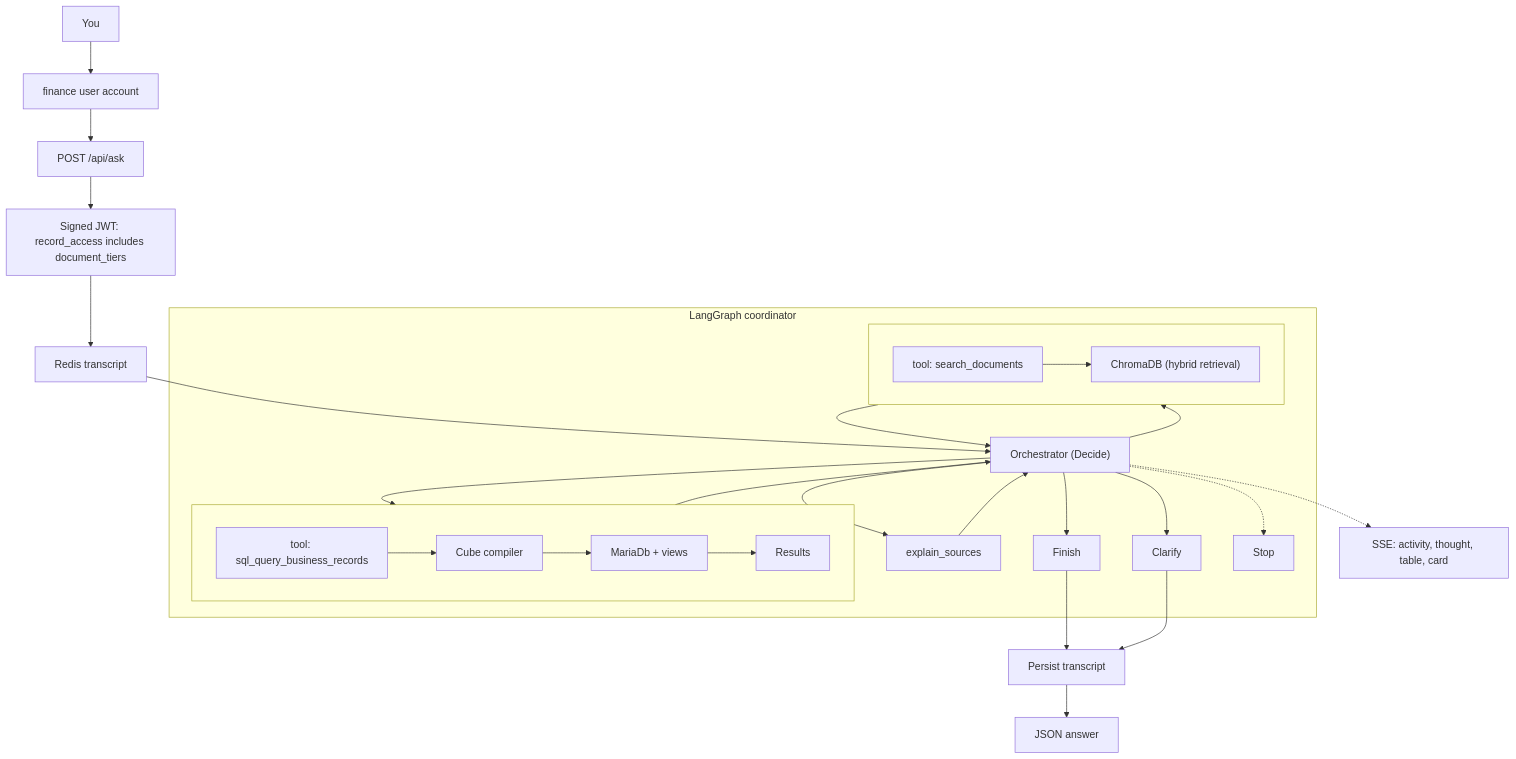
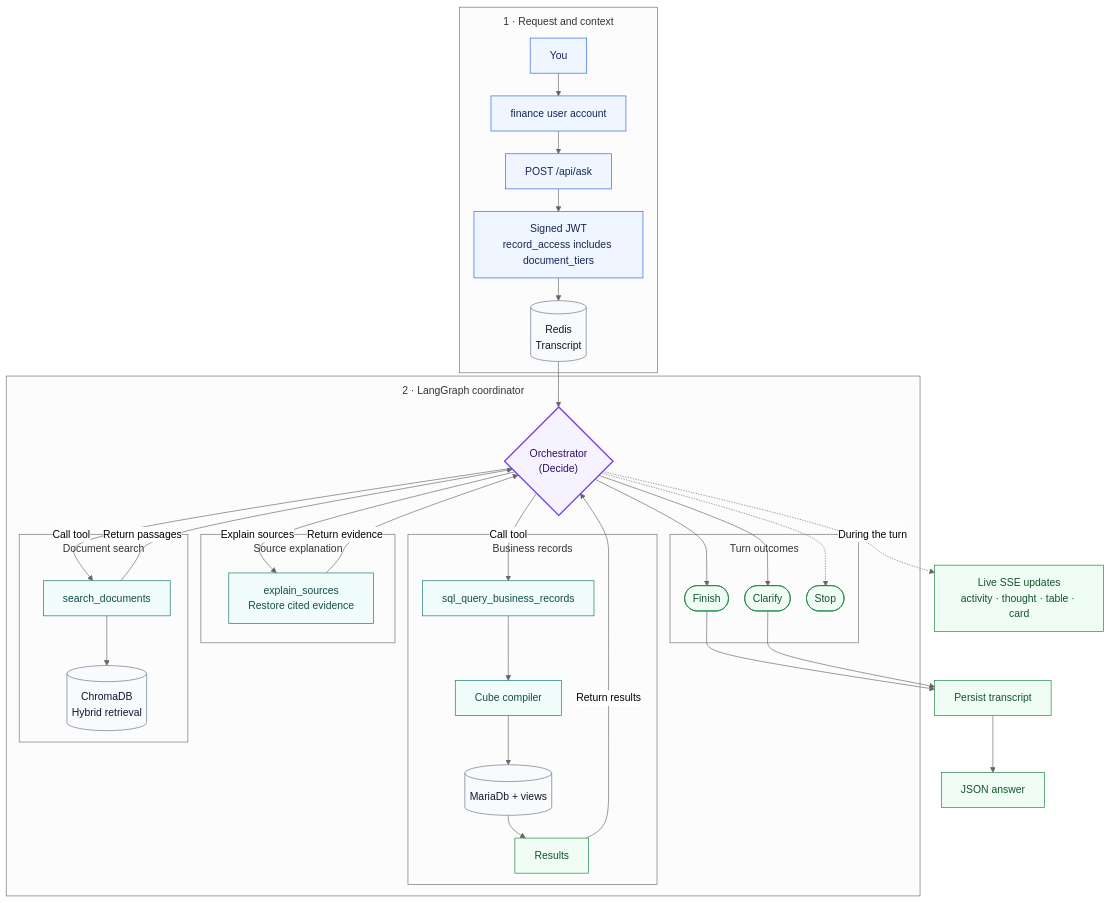
Before and after one commit to abhaloo/mcp-assistant-demo: the first of 2 diagrams in README.md, drawn with Mermaid. The commit also changed other lines of this file and 605 other files, not shown here.

````diff
--- a/README.md
+++ b/README.md
@@ -17,54 +17,71 @@
 ```mermaid
+%%{init: {'theme': 'neutral', 'flowchart': {'nodeSpacing': 25, 'rankSpacing': 35, 'subGraphTitleMargin': {'top': 10, 'bottom': 20}}}}%%
 flowchart TB
-  you[You]
-  recCtx[finance user account]
-  api["POST /api/ask"]
-  you --> recCtx --> api
+  subgraph request["1 · Request and context"]
+    you["You"] --> recCtx["finance user account"]
+    recCtx --> api["POST /api/ask"]
+    api --> jwt["Signed JWT<br/>record_access includes document_tiers"]
+    jwt --> redis[("Redis<br/>Transcript")]
+  end
 
-  jwt["Signed JWT: record_access includes document_tiers"]
-  api --> jwt
+  subgraph lg["2 · LangGraph coordinator"]
+    decide{"Orchestrator<br/>(Decide)"}
 
-  redis[Redis transcript]
-  jwt --> redis
-
-  subgraph lg [LangGraph coordinator]
-    decide["Orchestrator (Decide)"]
-    explain[explain_sources]
-    clarify[Clarify]
-    finish[Finish]
-    stop[Stop]
-    decide --> explain
-    decide --> clarify
-    decide --> finish
-    decide -.-> stop
-    explain --> decide
-
-    subgraph bqLine [ ]
-      direction LR
-      bqTool["tool: sql_query_business_records"]
-      cube[Cube compiler]
-      maria[MariaDb + views]
-      results[Results]
+    subgraph bqLine["Business records"]
+      bqTool["sql_query_business_records"]
+      cube["Cube compiler"]
+      maria[("MariaDb + views")]
+      results["Results"]
       bqTool --> cube --> maria --> results
     end
 
-    subgraph docLine [ ]
-      direction LR
-      docTool["tool: search_documents"]
-      chroma["ChromaDB (hybrid retrieval)"]
+    subgraph docLine["Document search"]
+      docTool["search_documents"]
+      chroma[("ChromaDB<br/>Hybrid retrieval")]
       docTool --> chroma
     end
 
-    decide --> bqTool
-    decide --> docTool
-    results --> decide
-    docTool --> decide
+    subgraph sourceLine["Source explanation"]
+      explain["explain_sources<br/>Restore cited evidence"]
+    end
+
+    decide -->|Call tool| bqTool
+    decide -->|Call tool| docTool
+    decide -->|Explain sources| explain
+    results -->|Return results| decide
+    docTool -->|Return passages| decide
+    explain -->|Return evidence| decide
+
+    subgraph outcomes["Turn outcomes"]
+      finish(["Finish"])
+      clarify(["Clarify"])
+      stop(["Stop"])
+    end
+    decide --> finish
+    decide --> clarify
+    decide -.-> stop
   end
+
   redis --> decide
 
-  sse["SSE: activity, thought, table, card"]
-  decide -.-> sse
-  finish --> persist[Persist transcript]
+  %% Response: streaming updates and the final answer
+    sse["Live SSE updates<br/>activity · thought · table · card"]
+    persist["Persist transcript"]
+    json["JSON answer"]
+    persist --> json
+
+  decide -.->|During the turn| sse
+  finish --> persist
   clarify --> persist
-  persist --> json[JSON answer]
+
+  classDef entry fill:#eff6ff,stroke:#2563eb,color:#172554
+  classDef coordinator fill:#f5f3ff,stroke:#7c3aed,color:#2e1065,stroke-width:2px
+  classDef tool fill:#f0fdfa,stroke:#0f766e,color:#134e4a
+  classDef storage fill:#f8fafc,stroke:#64748b,color:#0f172a
+  classDef output fill:#f0fdf4,stroke:#15803d,color:#14532d
+  class you,recCtx,api,jwt entry
+  class decide coordinator
+  class bqTool,docTool,explain,cube tool
+  class redis,maria,chroma storage
+  class finish,clarify,stop,sse,persist,json,results output
 ```
````
